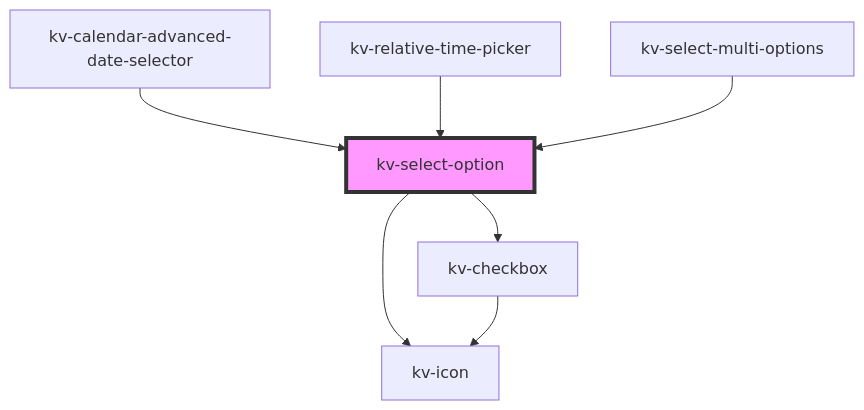
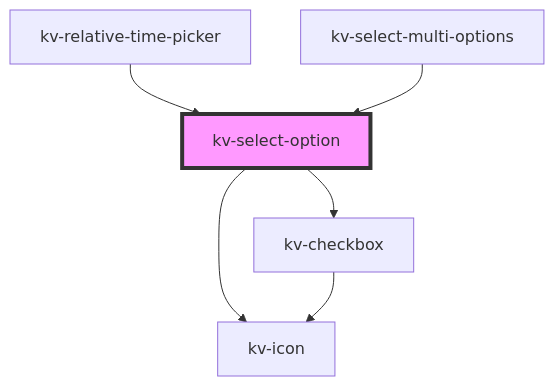
Before and after one commit to kelvininc/ui-components: the diagram in packages/ui-components/src/components/select-option/readme.md, drawn with Mermaid. The commit also changed other lines of this file and 134 other files, not shown here.

````diff
--- a/packages/ui-components/src/components/select-option/readme.md
+++ b/packages/ui-components/src/components/select-option/readme.md
@@ -118,10 +117,9 @@
 ```mermaid
 graph TD;
   kv-select-option --> kv-checkbox
   kv-select-option --> kv-icon
   kv-checkbox --> kv-icon
-  kv-calendar-advanced-date-selector --> kv-select-option
   kv-relative-time-picker --> kv-select-option
   kv-select-multi-options --> kv-select-option
   style kv-select-option fill:#f9f,stroke:#333,stroke-width:4px
 ```
````
